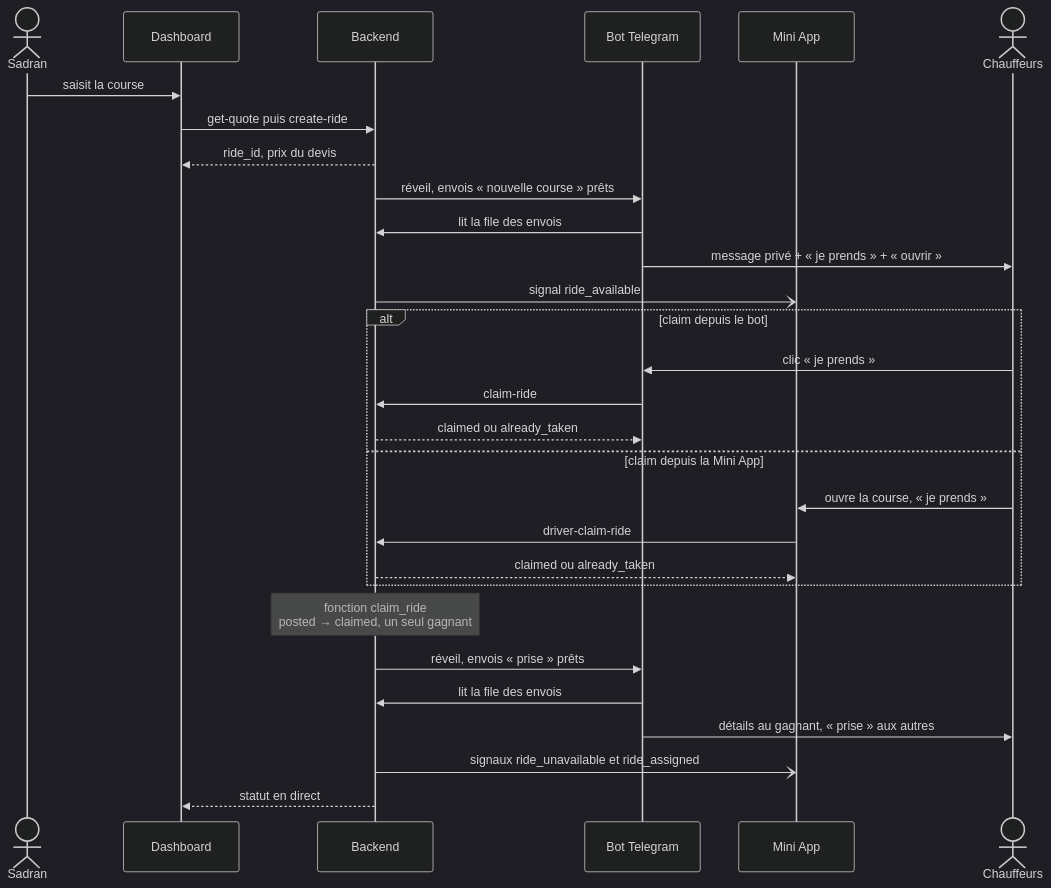
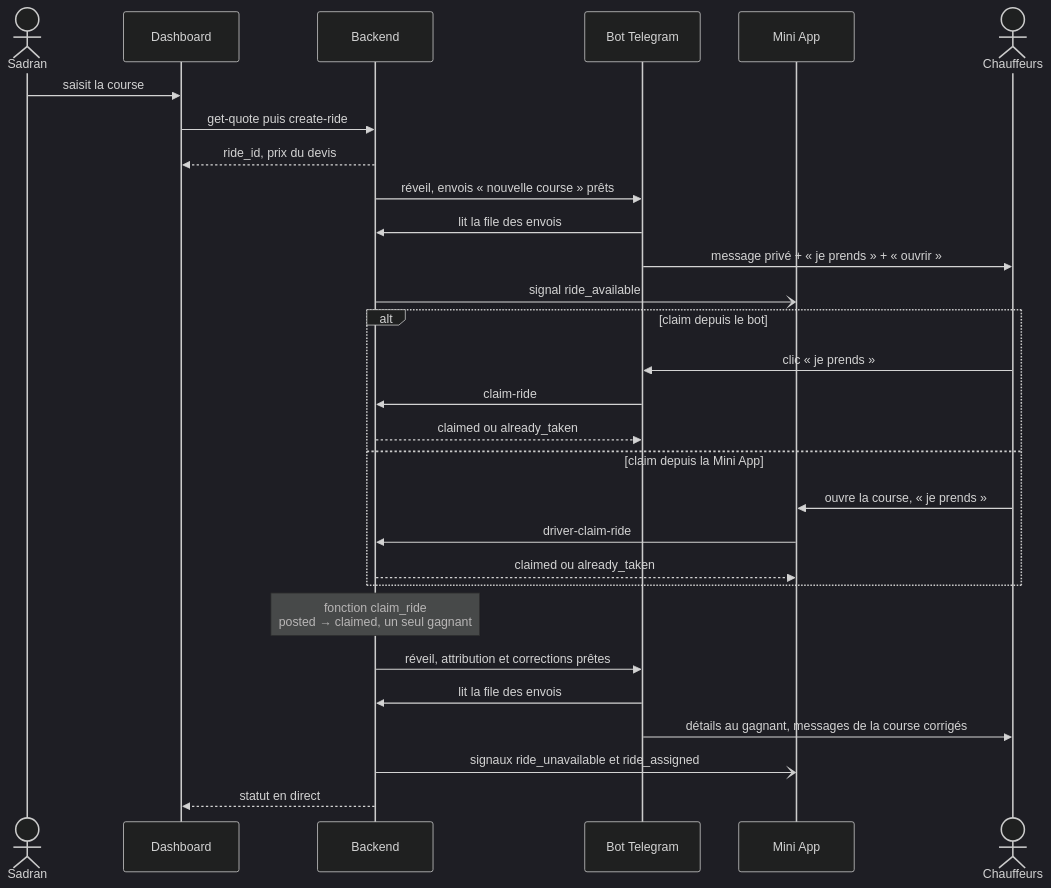
Before and after one commit to oren1996/driverss: the second of 6 diagrams in docs/ARCHITECTURE.md, drawn with Mermaid (dark theme). The commit also changed other lines of this file and 9 other files, not shown here.

First line of the commit message:
docs: deuxième relecture — messages du bot corrigés un par un, liaisons Telegram, corrections du grand livre

````diff
--- a/docs/ARCHITECTURE.md
+++ b/docs/ARCHITECTURE.md
@@ -103,32 +103,32 @@
 ```mermaid
 sequenceDiagram
     actor S as Sadran
     participant D as Dashboard
     participant B as Backend
     participant T as Bot Telegram
     participant M as Mini App
     actor C as Chauffeurs
 
     S->>D: saisit la course
     D->>B: get-quote puis create-ride
     B-->>D: ride_id, prix du devis
     B->>T: réveil, envois « nouvelle course » prêts
     T->>B: lit la file des envois
     T->>C: message privé + « je prends » + « ouvrir »
     B-)M: signal ride_available
     alt claim depuis le bot
         C->>T: clic « je prends »
         T->>B: claim-ride
         B-->>T: claimed ou already_taken
     else claim depuis la Mini App
         C->>M: ouvre la course, « je prends »
         M->>B: driver-claim-ride
         B-->>M: claimed ou already_taken
     end
     Note over B: fonction claim_ride<br/>posted → claimed, un seul gagnant
-    B->>T: réveil, envois « prise » prêts
+    B->>T: réveil, attribution et corrections prêtes
     T->>B: lit la file des envois
-    T->>C: détails au gagnant, « prise » aux autres
+    T->>C: détails au gagnant, messages de la course corrigés
     B-)M: signaux ride_unavailable et ride_assigned
     B-->>D: statut en direct
 ```
````
